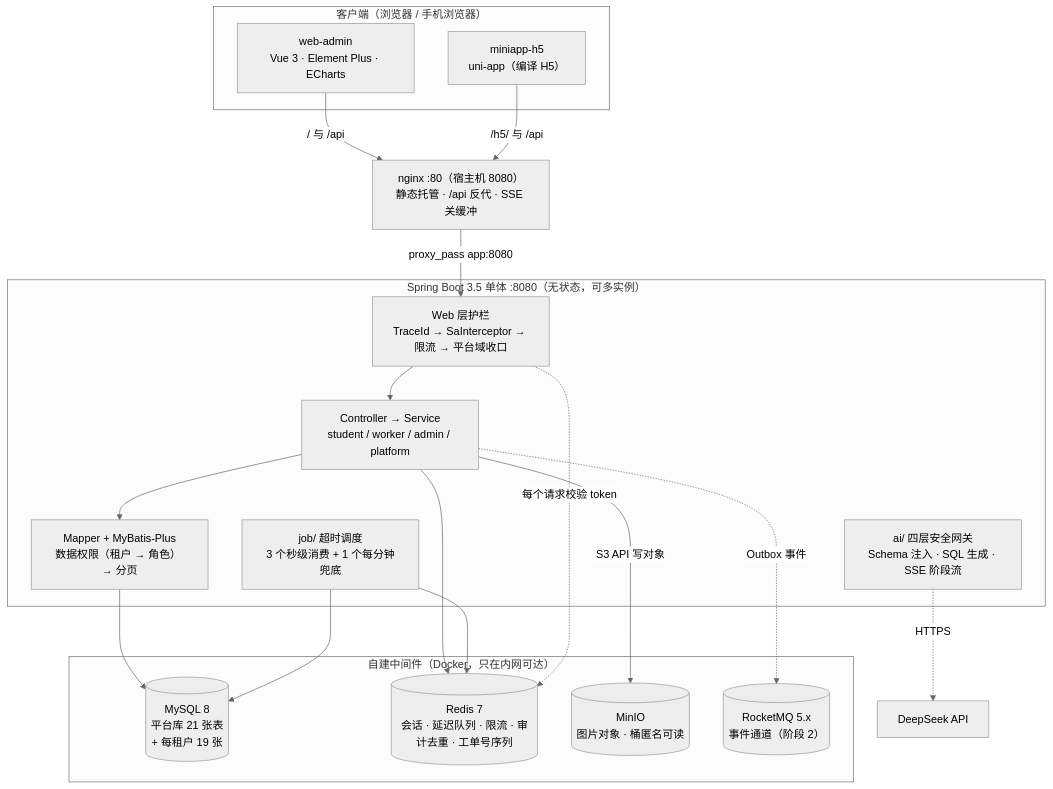
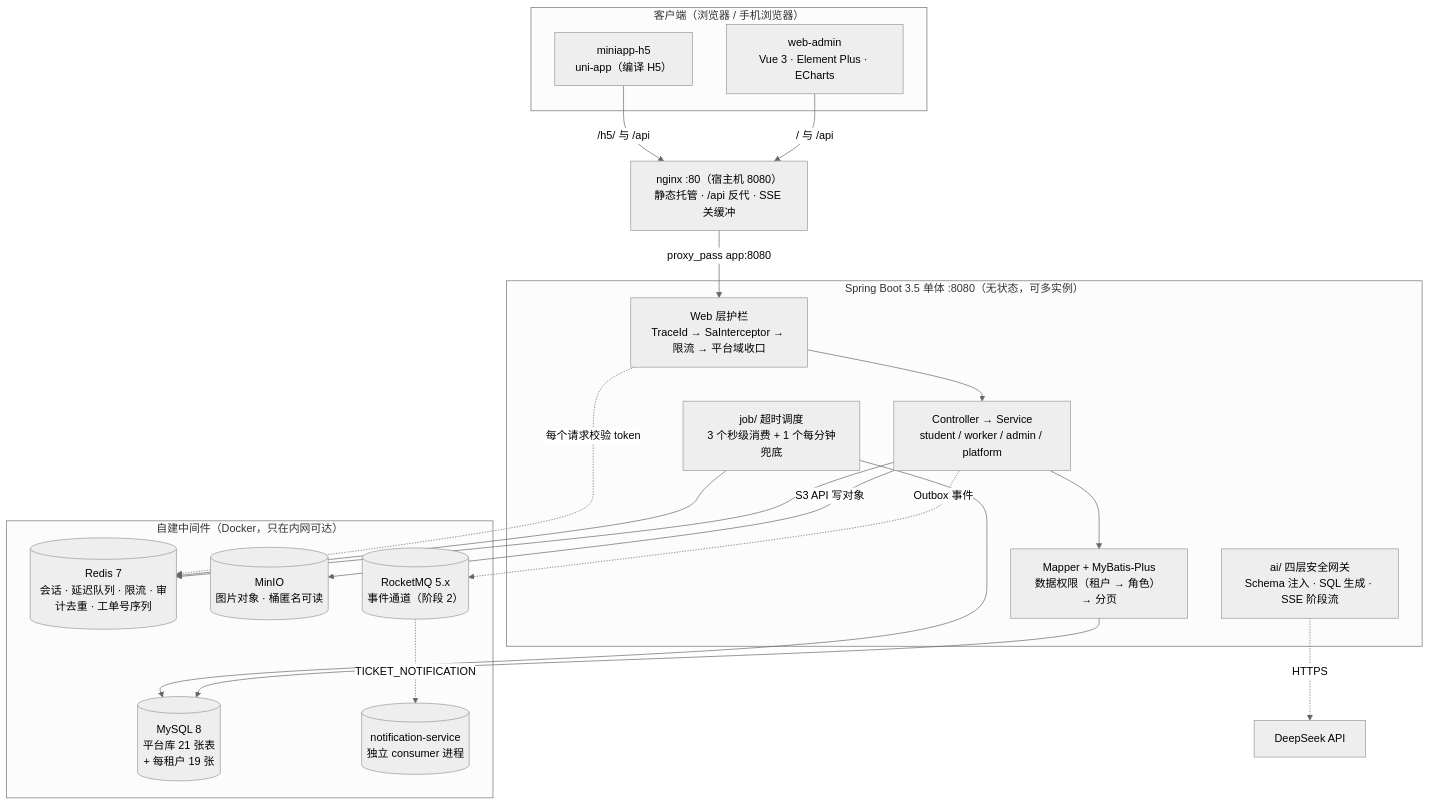
The diagram in README.md (bluemalic/repair-platform), drawn with Mermaid (neutral theme) before and after one commit. The commit also changed 11 other files, not shown here.

First line of the commit message:
feat(notification): 抽出独立 notification-service 进程

````diff
--- a/README.md
+++ b/README.md
@@ -67,40 +67,42 @@
 ```mermaid
 flowchart TB
     subgraph client["客户端（浏览器 / 手机浏览器）"]
         adminApp["web-admin<br/>Vue 3 · Element Plus · ECharts"]
         h5App["miniapp-h5<br/>uni-app（编译 H5）"]
     end
 
     nginx["nginx :80（宿主机 8080）<br/>静态托管 · /api 反代 · SSE 关缓冲"]
 
     subgraph boot["Spring Boot 3.5 单体 :8080（无状态，可多实例）"]
         guard["Web 层护栏<br/>TraceId → SaInterceptor → 限流 → 平台域收口"]
         biz["Controller → Service<br/>student / worker / admin / platform"]
         orm["Mapper + MyBatis-Plus<br/>数据权限（租户 → 角色） → 分页"]
         sched["job/ 超时调度<br/>3 个秒级消费 + 1 个每分钟兜底"]
         aiPkg["ai/ 四层安全网关<br/>Schema 注入 · SQL 生成 · SSE 阶段流"]
     end
 
     subgraph infra["自建中间件（Docker，只在内网可达）"]
         mysql[("MySQL 8<br/>平台库 21 张表<br/>+ 每租户 19 张")]
         redis[("Redis 7<br/>会话 · 延迟队列 · 限流 · 审计去重 · 工单号序列")]
         minio[("MinIO<br/>图片对象 · 桶匿名可读")]
         rocketmq[("RocketMQ 5.x<br/>事件通道（阶段 2）")]
+        notification[("notification-service<br/>独立 consumer 进程")]
     end
 
     deepseek["DeepSeek API"]
 
     adminApp -->|"/ 与 /api"| nginx
     h5App -->|"/h5/ 与 /api"| nginx
     nginx -->|"proxy_pass app:8080"| guard
     guard --> biz
     biz --> orm
     orm --> mysql
     biz --> redis
     biz -->|"S3 API 写对象"| minio
     biz -.->|"Outbox 事件"| rocketmq
+    rocketmq -.->|"TICKET_NOTIFICATION"| notification
     sched --> redis
     sched --> mysql
     guard -.->|"每个请求校验 token"| redis
     aiPkg -.->|"HTTPS"| deepseek
 ```
````
